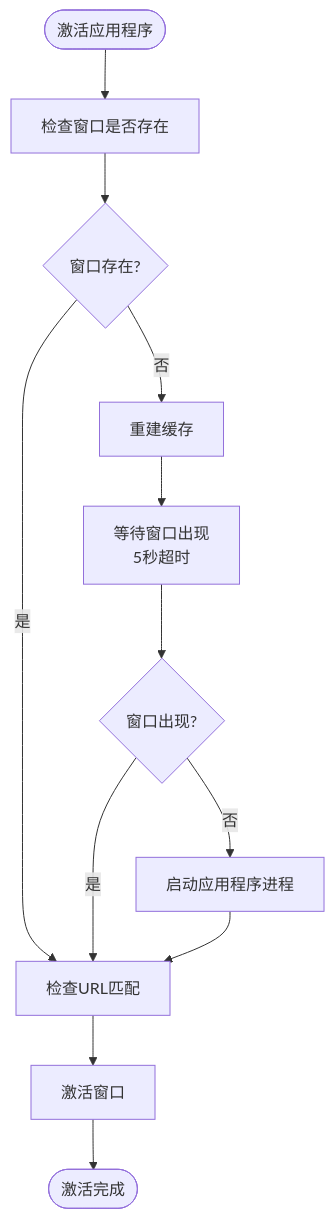
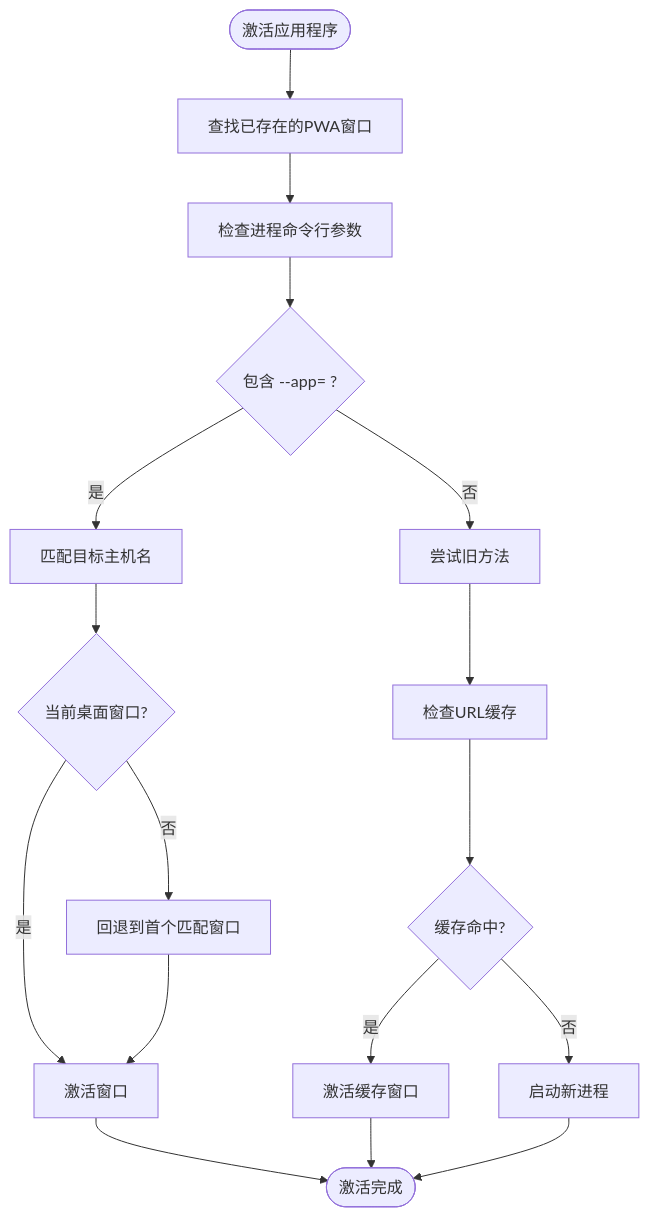
One commit to wangys-123doit/hotkey changed the ninth of 18 diagrams in .qoder/repowiki/zh/content/核心功能/浏览器应用管理.md. Above: the diagram before and after it, drawn with Mermaid. The commit also changed other lines of this file and 14 other files, not shown here.

````diff
--- a/.qoder/repowiki/zh/content/核心功能/浏览器应用管理.md
+++ b/.qoder/repowiki/zh/content/核心功能/浏览器应用管理.md
@@ -387,14 +392,19 @@
 ```mermaid
 flowchart TD
-Start([激活应用程序]) --> CheckWindow["检查窗口是否存在"]
-CheckWindow --> Exists{"窗口存在?"}
-Exists --> |是| CheckURL["检查URL匹配"]
-Exists --> |否| RebuildCache["重建缓存"]
-RebuildCache --> WaitWindow["等待窗口出现<br/>5秒超时"]
-WaitWindow --> WindowAppeared{"窗口出现?"}
-WindowAppeared --> |是| CheckURL
-WindowAppeared --> |否| StartProcess["启动应用程序进程"]
-StartProcess --> CheckURL
-CheckURL --> ActivateWindow["激活窗口"]
+Start([激活应用程序]) --> FindExisting["查找已存在的PWA窗口"]
+FindExisting --> CheckCmdLine["检查进程命令行参数"]
+CheckCmdLine --> HasAppParam{"包含 --app= ?"}
+HasAppParam --> |是| MatchHost["匹配目标主机名"]
+HasAppParam --> |否| TryOldMethod["尝试旧方法"]
+MatchHost --> IsCurrentDesktop{"当前桌面窗口?"}
+IsCurrentDesktop --> |是| ActivateWindow["激活窗口"]
+IsCurrentDesktop --> |否| FallbackWindow["回退到首个匹配窗口"]
+FallbackWindow --> ActivateWindow
+TryOldMethod --> CheckCache["检查URL缓存"]
+CheckCache --> CacheHit{"缓存命中?"}
+CacheHit --> |是| ActivateCached["激活缓存窗口"]
+CacheHit --> |否| StartProcess["启动新进程"]
 ActivateWindow --> End([激活完成])
+ActivateCached --> End
+StartProcess --> End
 ```
````
